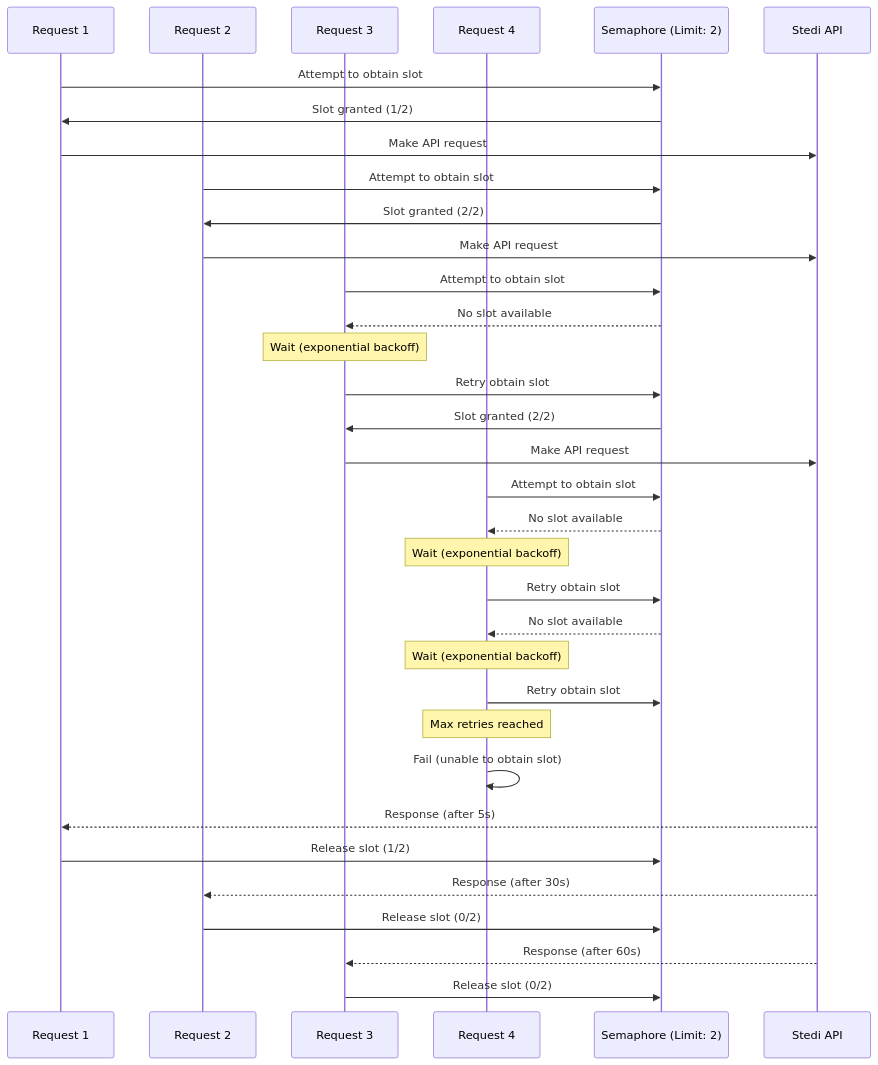
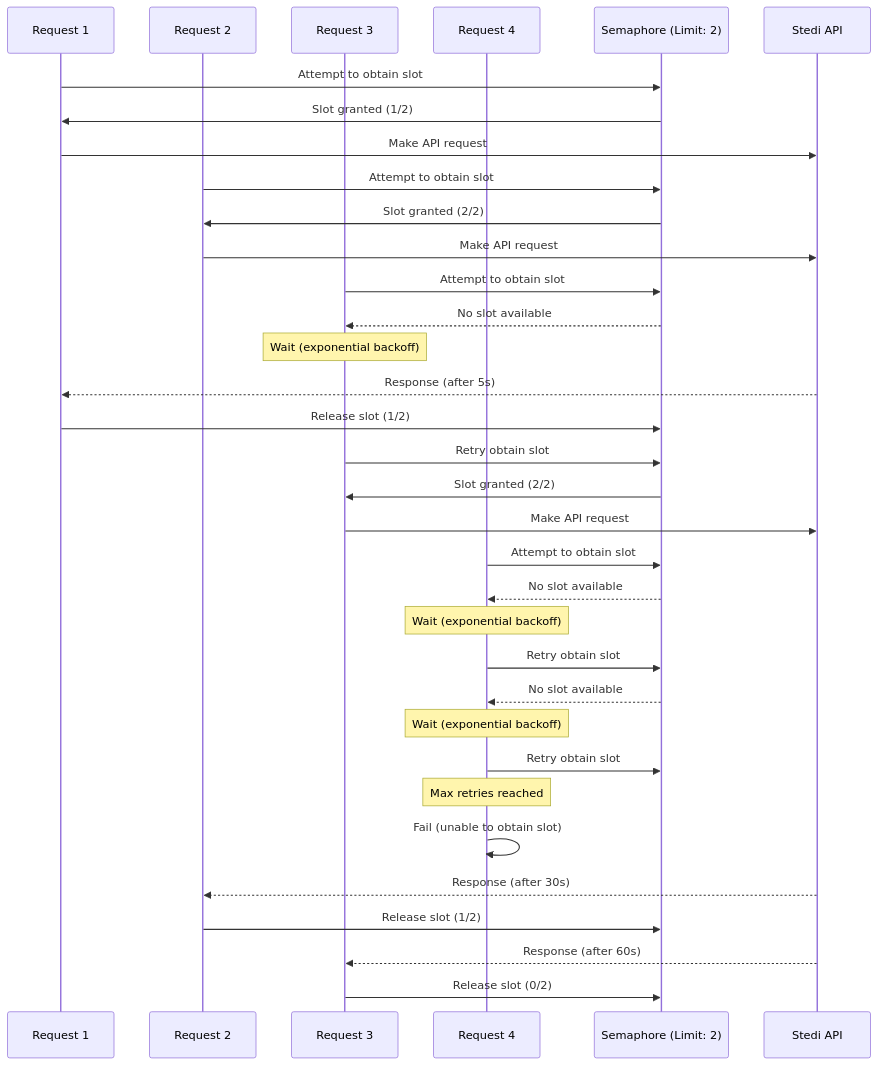
One commit to Stedi-Demos/concurrency-control-reference-implementation changed the diagram in README.md. Above: the diagram before and after it, drawn with Mermaid.

Commit message:
feat: update diagram

````diff
--- a/README.md
+++ b/README.md
@@ -33,43 +33,44 @@
 ```mermaid
 sequenceDiagram
     participant R1 as Request 1
     participant R2 as Request 2
     participant R3 as Request 3
     participant R4 as Request 4
     participant S as Semaphore (Limit: 2)
     participant API as Stedi API
 
     R1->>S: Attempt to obtain slot
     S->>R1: Slot granted (1/2)
     R1->>API: Make API request
 
     R2->>S: Attempt to obtain slot
     S->>R2: Slot granted (2/2)
     R2->>API: Make API request
 
     R3->>S: Attempt to obtain slot
     S-->>R3: No slot available
     Note over R3: Wait (exponential backoff)
+
+    API-->>R1: Response (after 5s)
+    R1->>S: Release slot (1/2)
+
     R3->>S: Retry obtain slot
     S->>R3: Slot granted (2/2)
     R3->>API: Make API request
 
     R4->>S: Attempt to obtain slot
     S-->>R4: No slot available
     Note over R4: Wait (exponential backoff)
     R4->>S: Retry obtain slot
     S-->>R4: No slot available
     Note over R4: Wait (exponential backoff)
     R4->>S: Retry obtain slot
     Note over R4: Max retries reached
     R4->>R4: Fail (unable to obtain slot)
 
-    API-->>R1: Response (after 5s)
-    R1->>S: Release slot (1/2)
-
     API-->>R2: Response (after 30s)
-    R2->>S: Release slot (0/2)
+    R2->>S: Release slot (1/2)
 
     API-->>R3: Response (after 60s)
     R3->>S: Release slot (0/2)
 ```
````
